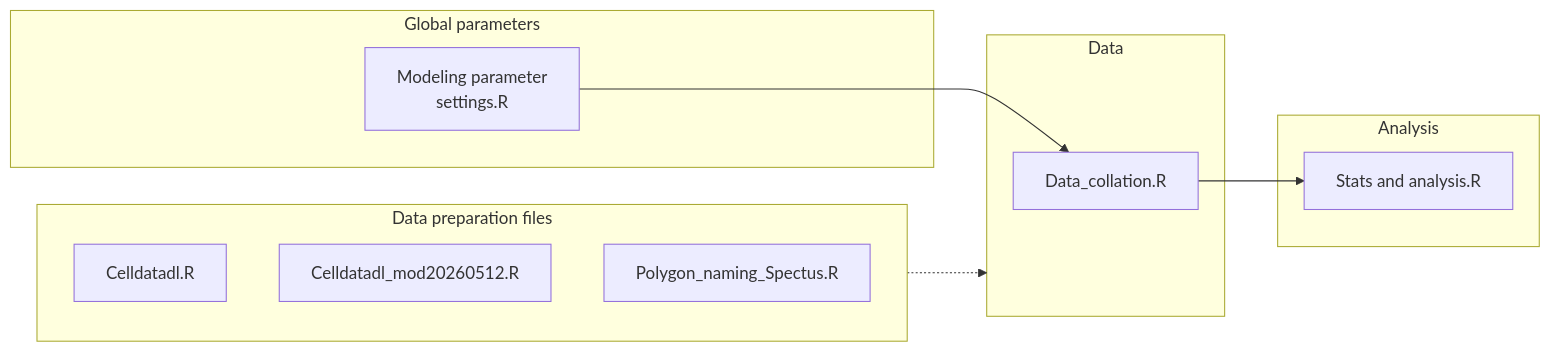
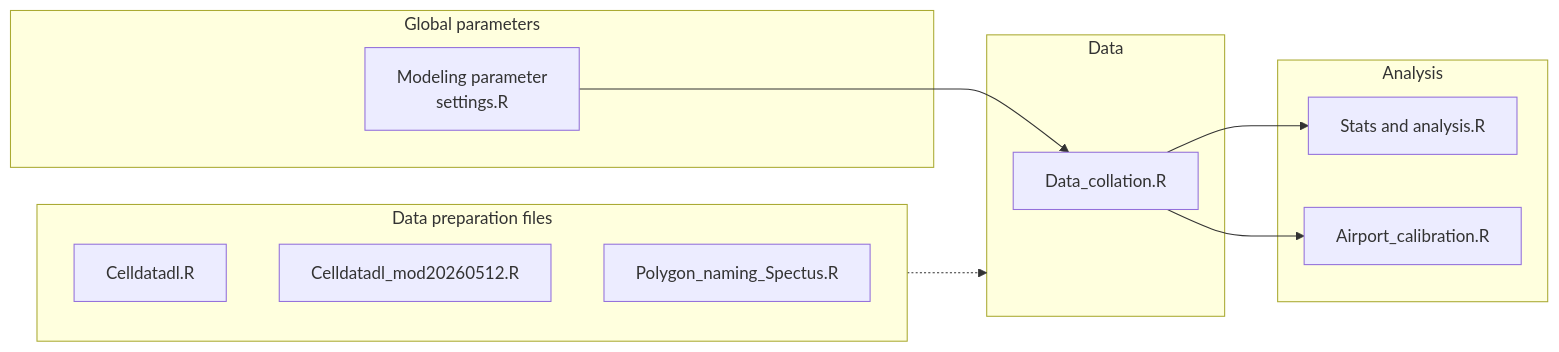
The diagram in readme.md (rmgriffin/MiamiMangroves), drawn with Mermaid before and after one commit.

Commit message:
Links to Stats/analysis and airport calibration files

````diff
--- a/readme.md
+++ b/readme.md
@@ -9,23 +9,25 @@
 ```mermaid
 flowchart LR 
   %% TD reorients to top-down
   subgraph dataprep[Data preparation files]
     A["Celldatadl.R"]
     B["Celldatadl_mod20260512.R"]
     C["Polygon_naming_Spectus.R"]
   end
   subgraph global[Global parameters]
     D["Modeling parameter<br/>settings.R"]
   end
   subgraph data[Data]
     E["Data_collation.R"]
   end
   subgraph analysis[Analysis]
     F["Stats and analysis.R"]
+    G["Airport_calibration.R"]
   end
 
   D --> E
   E --> F
+  E --> G
   dataprep -.-> data
 
 ```
````
